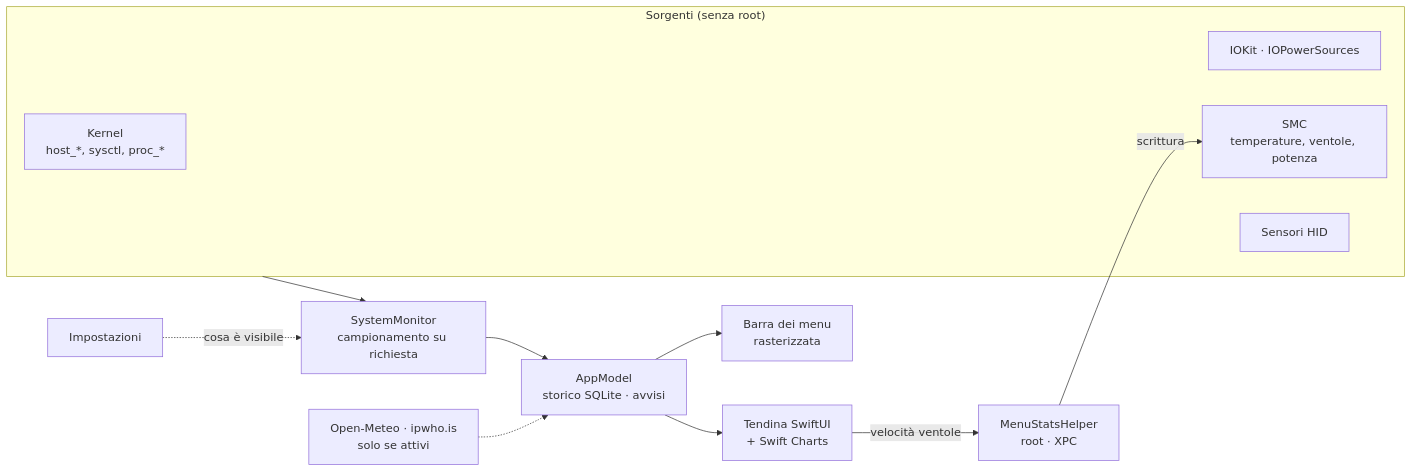
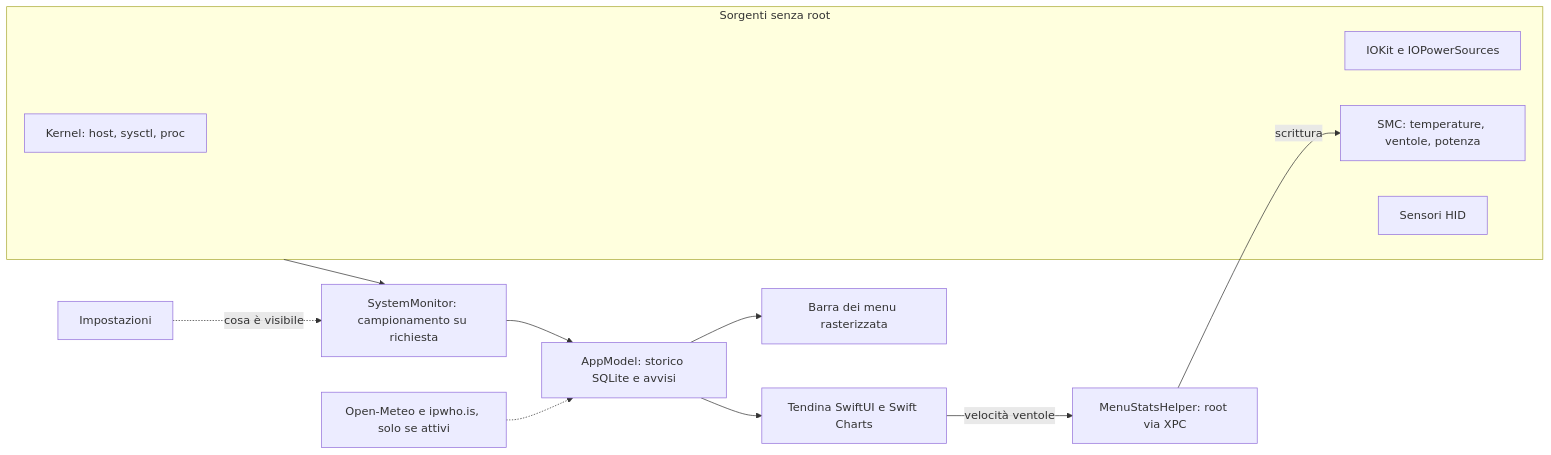
Before and after one commit to alessandro-guttadauro/MenuStats: the diagram in README.md, drawn with Mermaid.

Commit message:
README: diagramma dell'architettura compatibile con il renderer Mermaid di GitHub

````diff
--- a/README.md
+++ b/README.md
@@ -169,23 +169,25 @@
 ```mermaid
 flowchart LR
-    subgraph Sorgenti["Sorgenti (senza root)"]
-        K["Kernel<br/>host_*, sysctl, proc_*"]
-        IO["IOKit · IOPowerSources"]
-        SMC["SMC<br/>temperature, ventole, potenza"]
-        HID["Sensori HID"]
+    subgraph SRC [Sorgenti senza root]
+        K[Kernel: host, sysctl, proc]
+        IO[IOKit e IOPowerSources]
+        SMC[SMC: temperature, ventole, potenza]
+        HID[Sensori HID]
     end
-    SM["SystemMonitor<br/>campionamento su richiesta"]
-    AM["AppModel<br/>storico SQLite · avvisi"]
-    SB["Barra dei menu<br/>rasterizzata"]
-    DP["Tendina SwiftUI<br/>+ Swift Charts"]
-    ST["Impostazioni"]
-    H["MenuStatsHelper<br/>root · XPC"]
-    W["Open-Meteo · ipwho.is<br/>solo se attivi"]
+    SM[SystemMonitor: campionamento su richiesta]
+    AM[AppModel: storico SQLite e avvisi]
+    SB[Barra dei menu rasterizzata]
+    DP[Tendina SwiftUI e Swift Charts]
+    ST[Impostazioni]
+    H[MenuStatsHelper: root via XPC]
+    W[Open-Meteo e ipwho.is, solo se attivi]
 
-    Sorgenti --> SM --> AM
+    SRC --> SM
+    SM --> AM
     AM --> SB
     AM --> DP
     W -.-> AM
-    ST -. "cosa è visibile" .-> SM
-    DP -- "velocità ventole" --> H -- scrittura --> SMC
+    ST -.->|cosa è visibile| SM
+    DP -->|velocità ventole| H
+    H -->|scrittura| SMC
 ```
````
